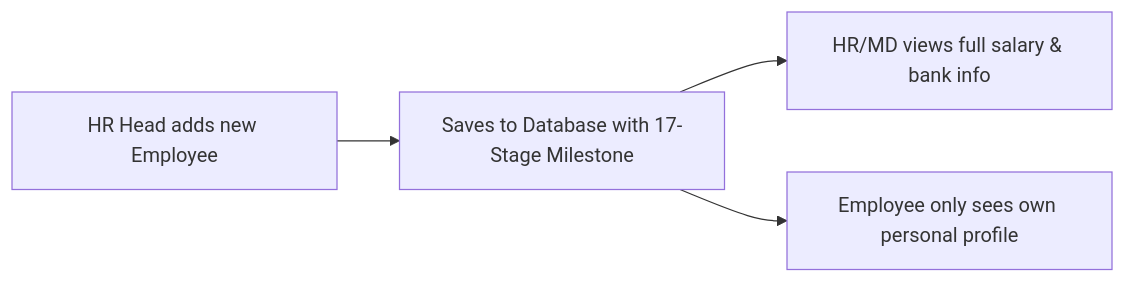
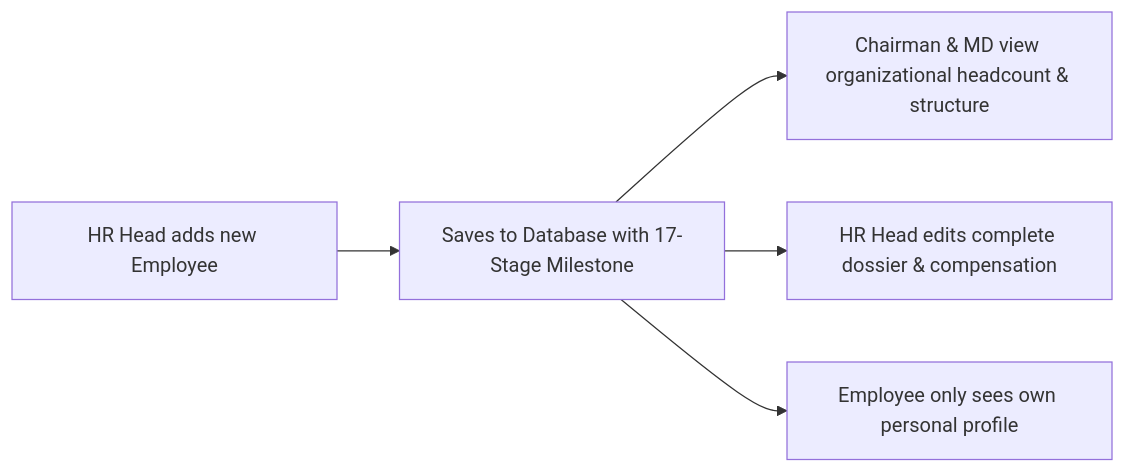
One commit to ViruzVerse-Solutions/hrms changed the third of 10 diagrams in docs/PHASE_TESTING_GUIDE.md. Above: the diagram before and after it, drawn with Mermaid. The commit also changed other lines of this file, not shown here.

````diff
--- a/docs/PHASE_TESTING_GUIDE.md
+++ b/docs/PHASE_TESTING_GUIDE.md
@@ -92,6 +95,7 @@
 ```mermaid
 flowchart LR
     HR_Add["HR Head adds new Employee"] --> SaveDB["Saves to Database with 17-Stage Milestone"]
-    SaveDB --> ViewHR["HR/MD views full salary & bank info"]
+    SaveDB --> ViewExec["Chairman & MD view organizational headcount & structure"]
+    SaveDB --> ViewHR["HR Head edits complete dossier & compensation"]
     SaveDB --> ViewEmp["Employee only sees own personal profile"]
 ```
````
